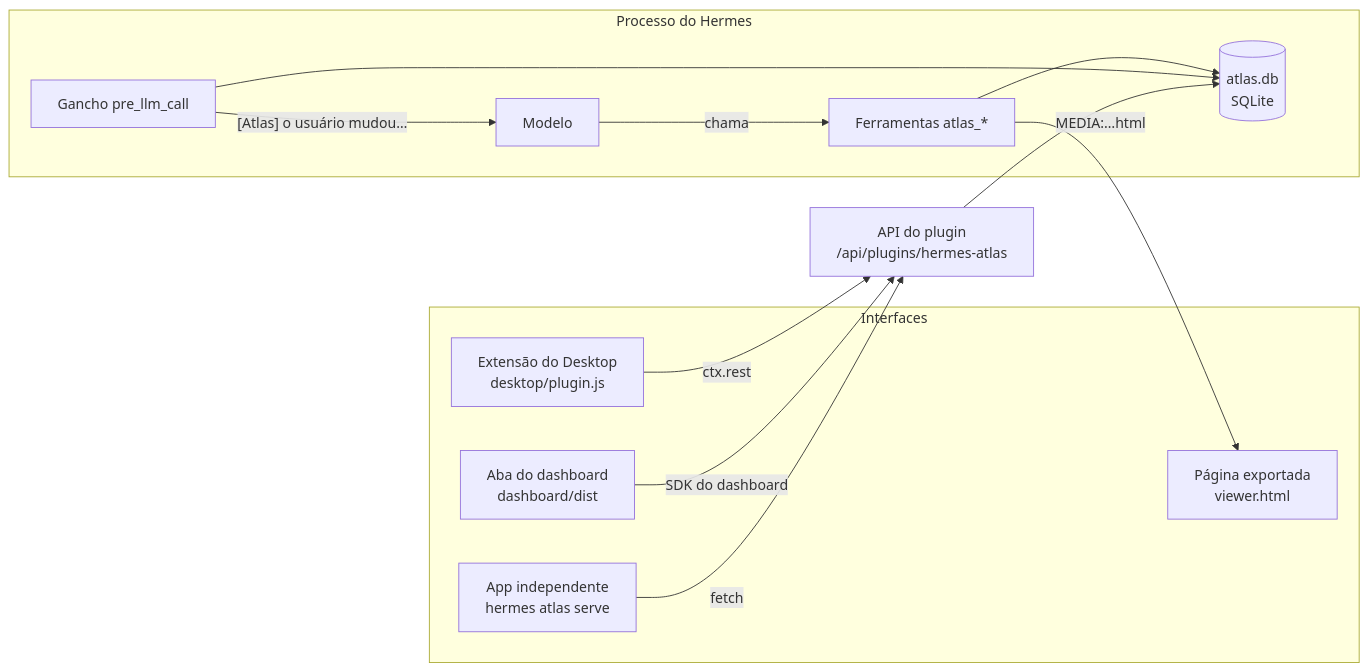
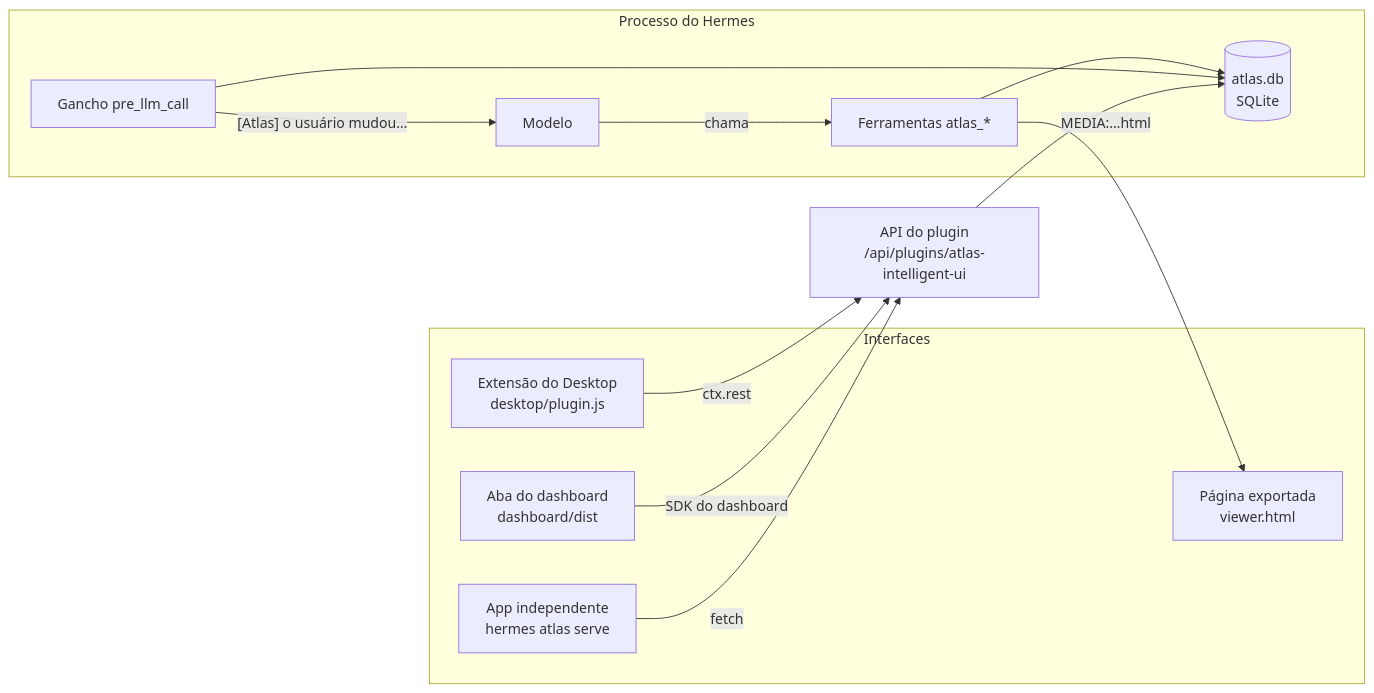
Before and after one commit to sesantanajr/hermes-atlas-intelligent-ui: the diagram in docs/ARCHITECTURE.md, drawn with Mermaid. The commit also changed other lines of this file and 85 other files, not shown here.

````diff
--- a/docs/ARCHITECTURE.md
+++ b/docs/ARCHITECTURE.md
@@ -8,20 +8,20 @@
 ```mermaid
 flowchart LR
   subgraph Hermes["Processo do Hermes"]
     M[Modelo] -- chama --> T["Ferramentas atlas_*"]
     H["Gancho pre_llm_call"] -- "[Atlas] o usuário mudou…" --> M
     T --> S[("atlas.db<br/>SQLite")]
     H --> S
   end
   subgraph Hosts["Interfaces"]
     D["Extensão do Desktop<br/>desktop/plugin.js"]
     B["Aba do dashboard<br/>dashboard/dist"]
     A["App independente<br/>hermes atlas serve"]
     V["Página exportada<br/>viewer.html"]
   end
-  R["API do plugin<br/>/api/plugins/hermes-atlas"] --> S
+  R["API do plugin<br/>/api/plugins/atlas-intelligent-ui"] --> S
   D -- ctx.rest --> R
   B -- SDK do dashboard --> R
   A -- fetch --> R
   T -- "MEDIA:…html" --> V
 ```
````
